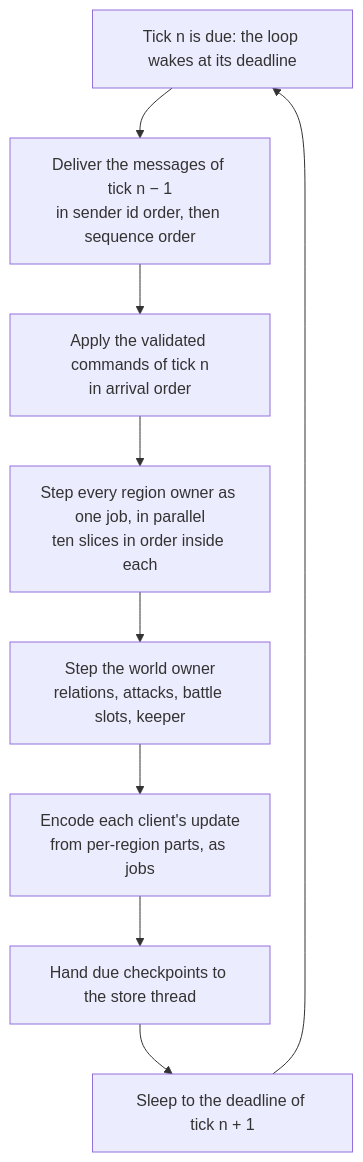
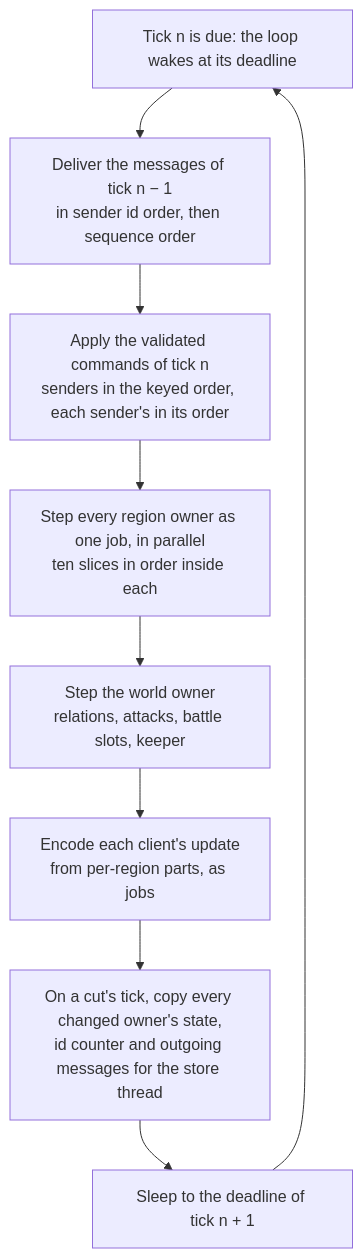
The second of 2 diagrams in Design/architecture/04_solution_strategy.md (Zwaliebaba/Species.AI), drawn with Mermaid before and after one commit. The commit also changed other lines of this file and 21 other files, not shown here.

````diff
--- a/Design/architecture/04_solution_strategy.md
+++ b/Design/architecture/04_solution_strategy.md
@@ -97,12 +97,12 @@
 ```mermaid
 flowchart TB
     T0["Tick n is due: the loop wakes at its deadline"]
     T1["Deliver the messages of tick n − 1<br/>in sender id order, then sequence order"]
-    T2["Apply the validated commands of tick n<br/>in arrival order"]
+    T2["Apply the validated commands of tick n<br/>senders in the keyed order, each sender's in its order"]
     T3["Step every region owner as one job, in parallel<br/>ten slices in order inside each"]
     T4["Step the world owner<br/>relations, attacks, battle slots, keeper"]
     T5["Encode each client's update<br/>from per-region parts, as jobs"]
-    T6["Hand due checkpoints to the store thread"]
+    T6["On a cut's tick, copy every changed owner's state,<br/>id counter and outgoing messages for the store thread"]
     T7["Sleep to the deadline of tick n + 1"]
     T0 --> T1 --> T2 --> T3 --> T4 --> T5 --> T6 --> T7 --> T0
 ```
````
